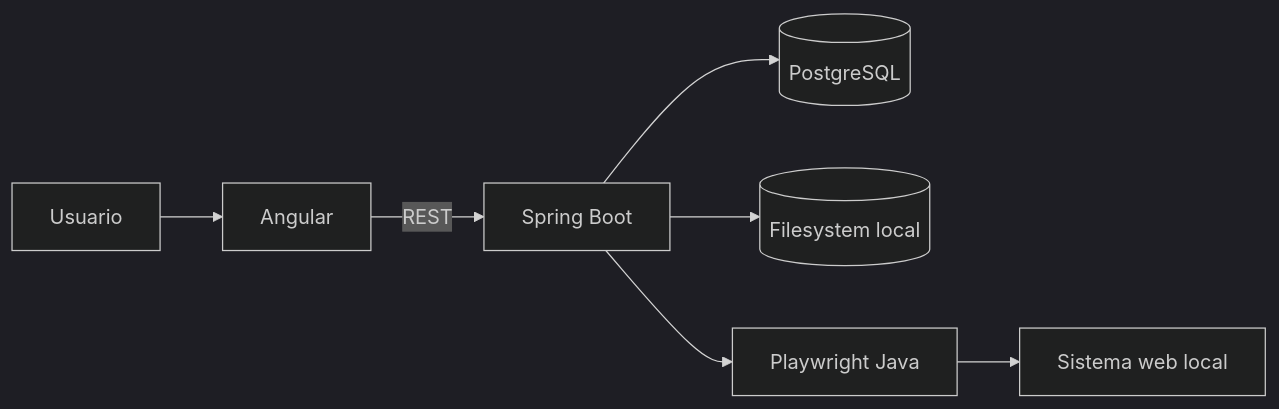
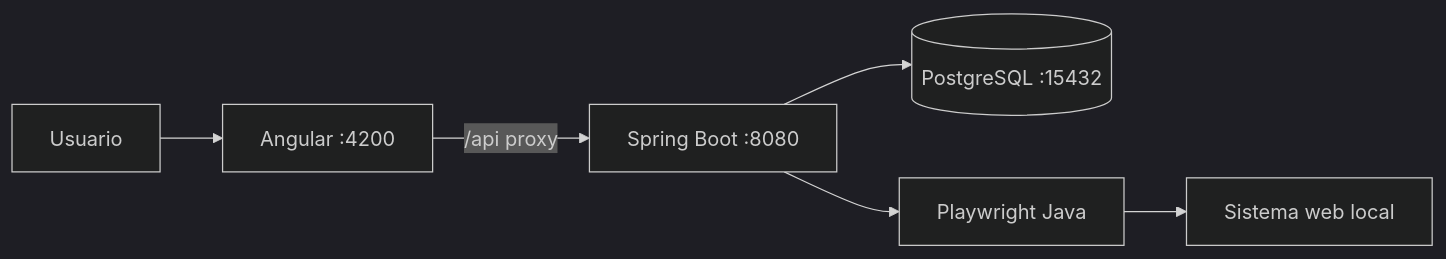
The first of 2 diagrams in architecture.md (alejo888/system-guide-forge), drawn with Mermaid (dark theme) before and after one commit. The commit also changed other lines of this file and 4 other files, not shown here.

````diff
--- a/architecture.md
+++ b/architecture.md
@@ -10,9 +8,8 @@
 ```mermaid
 flowchart LR
-    U[Usuario] --> FE[Angular]
-    FE -->|REST| BE[Spring Boot]
-    BE --> DB[(PostgreSQL)]
-    BE --> FS[(Filesystem local)]
+    U[Usuario] --> FE[Angular :4200]
+    FE -->|/api proxy| BE[Spring Boot :8080]
+    BE --> DB[(PostgreSQL :15432)]
     BE --> PW[Playwright Java]
     PW --> APP[Sistema web local]
 ```
````
